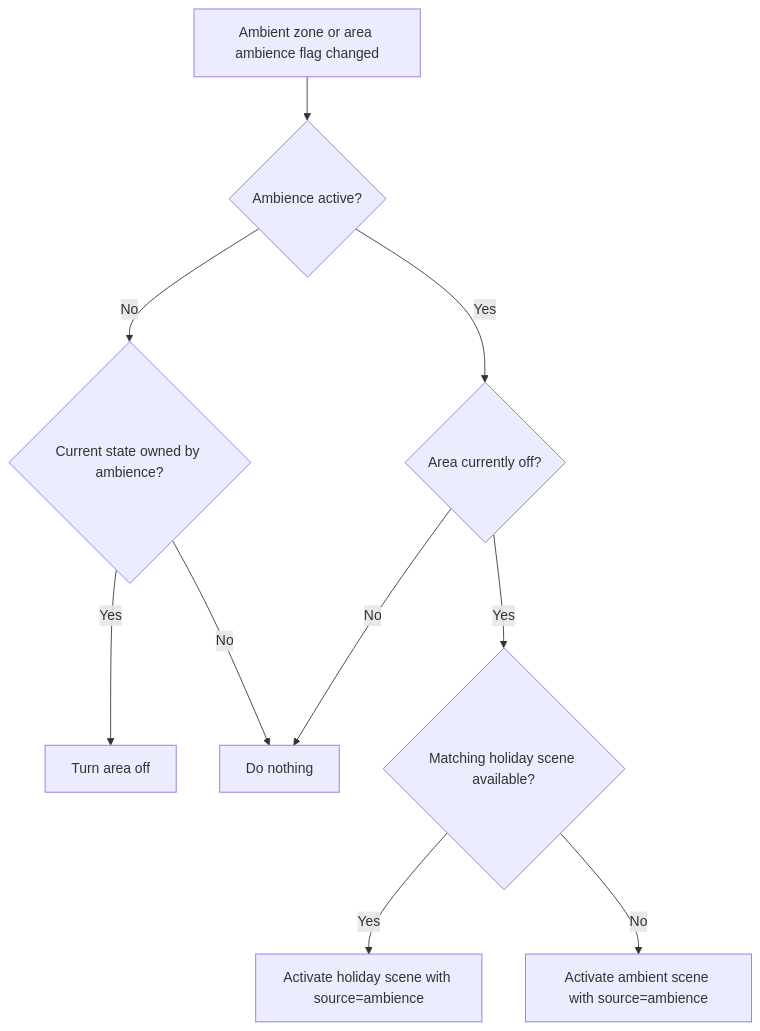
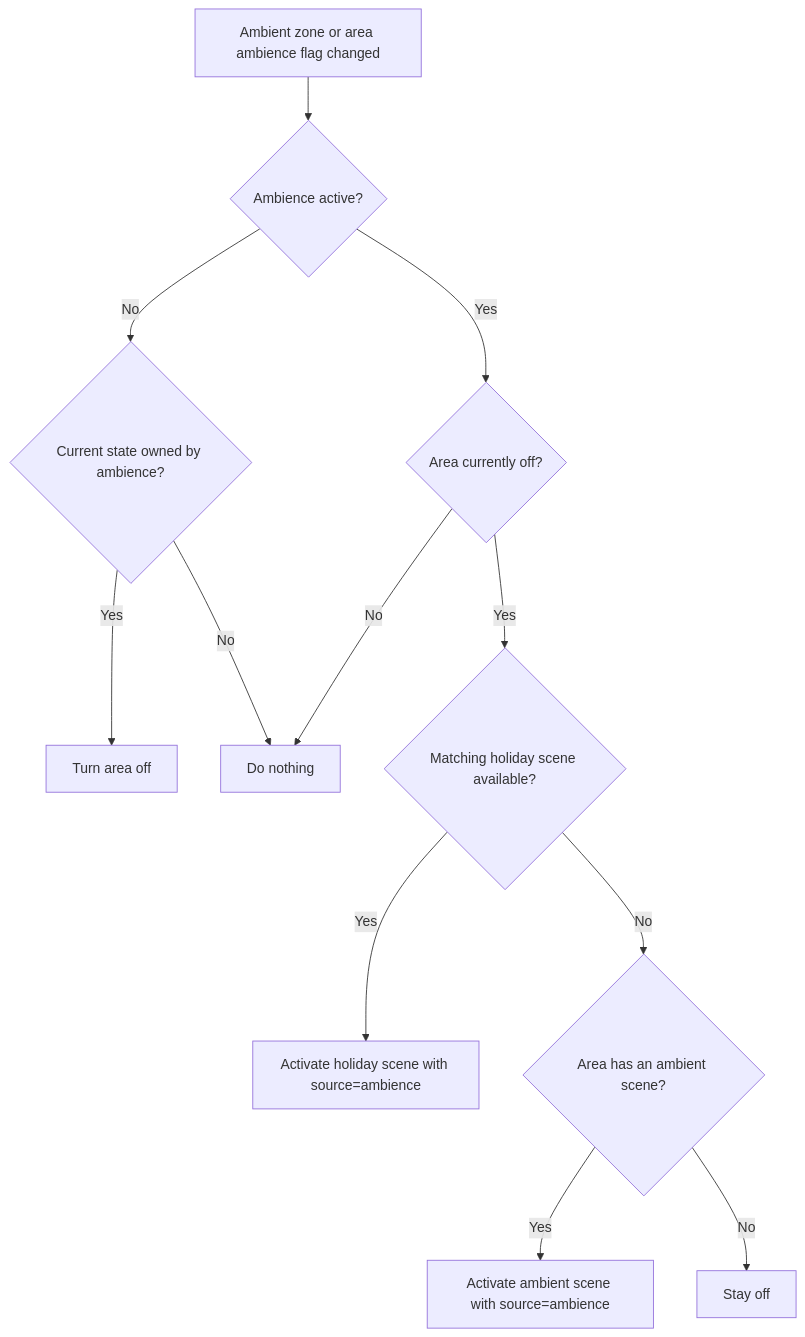
One commit to aarontc/home-assistant-area-lighting changed the third of 4 diagrams in README.md. Above: the diagram before and after it, drawn with Mermaid. The commit also changed other lines of this file and 6 other files, not shown here.

First line of the commit message:
(Patch) area_lighting: turn off instead of falling back to a missing ambient scene

````diff
--- a/README.md
+++ b/README.md
@@ -455,13 +456,15 @@
 ```mermaid
 flowchart TD
     A[Ambient zone or area ambience flag changed] --> B{Ambience active?}
     B -->|No| C{Current state owned by ambience?}
     C -->|Yes| D[Turn area off]
     C -->|No| E[Do nothing]
 
     B -->|Yes| F{Area currently off?}
     F -->|No| E
     F -->|Yes| G{Matching holiday scene available?}
     G -->|Yes| H[Activate holiday scene with source=ambience]
-    G -->|No| I[Activate ambient scene with source=ambience]
+    G -->|No| J{Area has an ambient scene?}
+    J -->|Yes| I[Activate ambient scene with source=ambience]
+    J -->|No| K[Stay off]
 ```
````
